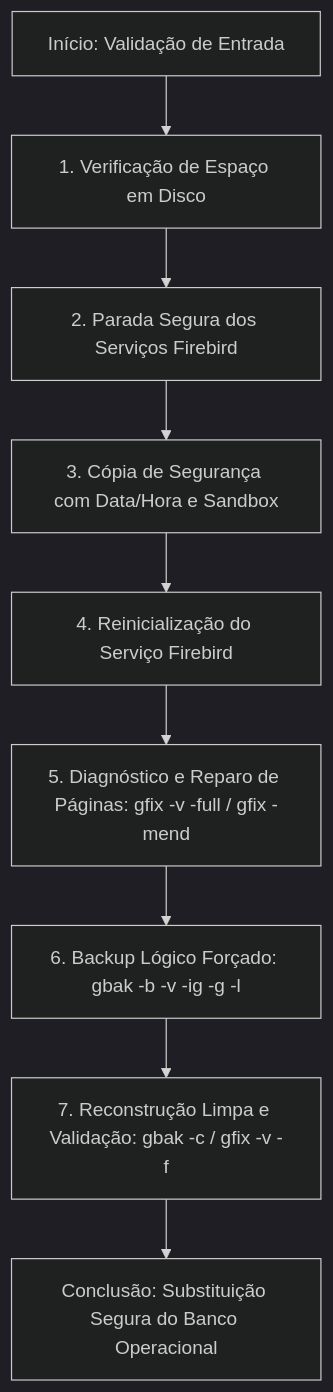
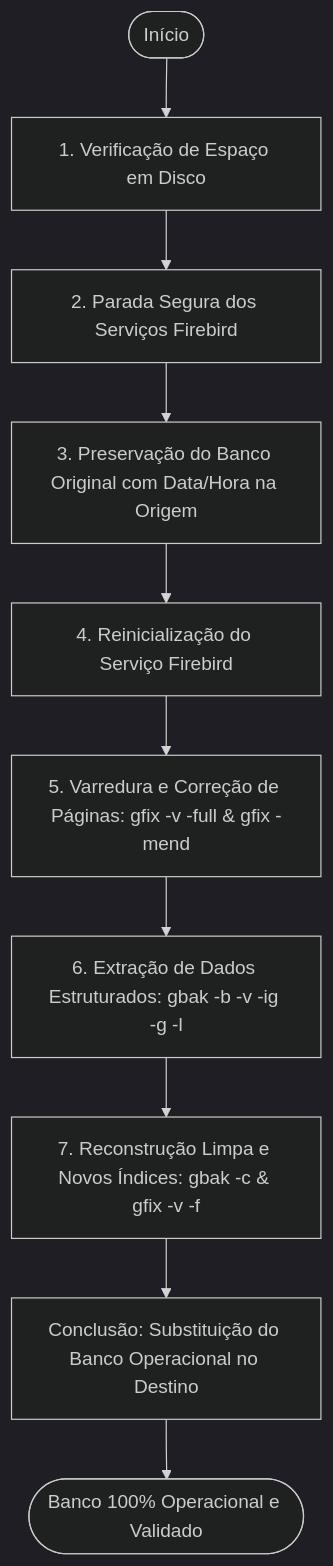
One commit to jhoneandrade/recup-firebird changed the diagram in README.md. Above: the diagram before and after it, drawn with Mermaid (dark theme). The commit also changed other lines of this file and 6 other files, not shown here.

````diff
--- a/README.md
+++ b/README.md
@@ -57,11 +96,12 @@
 ```mermaid
 flowchart TD
-    A[Início: Validação de Entrada] --> B[1. Verificação de Espaço em Disco]
-    B --> C[2. Parada Segura dos Serviços Firebird]
-    C --> D[3. Cópia de Segurança com Data/Hora e Sandbox]
-    D --> E[4. Reinicialização do Serviço Firebird]
-    E --> F[5. Diagnóstico e Reparo de Páginas: gfix -v -full / gfix -mend]
-    F --> G[6. Backup Lógico Forçado: gbak -b -v -ig -g -l]
-    G --> H[7. Reconstrução Limpa e Validação: gbak -c / gfix -v -f]
-    H --> I[Conclusão: Substituição Segura do Banco Operacional]
+    Start([Início]) --> CheckDisk[1. Verificação de Espaço em Disco]
+    CheckDisk --> StopSvc[2. Parada Segura dos Serviços Firebird]
+    StopSvc --> BkpOrig[3. Preservação do Banco Original com Data/Hora na Origem]
+    BkpOrig --> StartSvc[4. Reinicialização do Serviço Firebird]
+    StartSvc --> GfixMend[5. Varredura e Correção de Páginas: gfix -v -full & gfix -mend]
+    GfixMend --> GbakBkp[6. Extração de Dados Estruturados: gbak -b -v -ig -g -l]
+    GbakBkp --> GbakRest[7. Reconstrução Limpa e Novos Índices: gbak -c & gfix -v -f]
+    GbakRest --> ReplaceOk[Conclusão: Substituição do Banco Operacional no Destino]
+    ReplaceOk --> End([Banco 100% Operacional e Validado])
 ```
````
